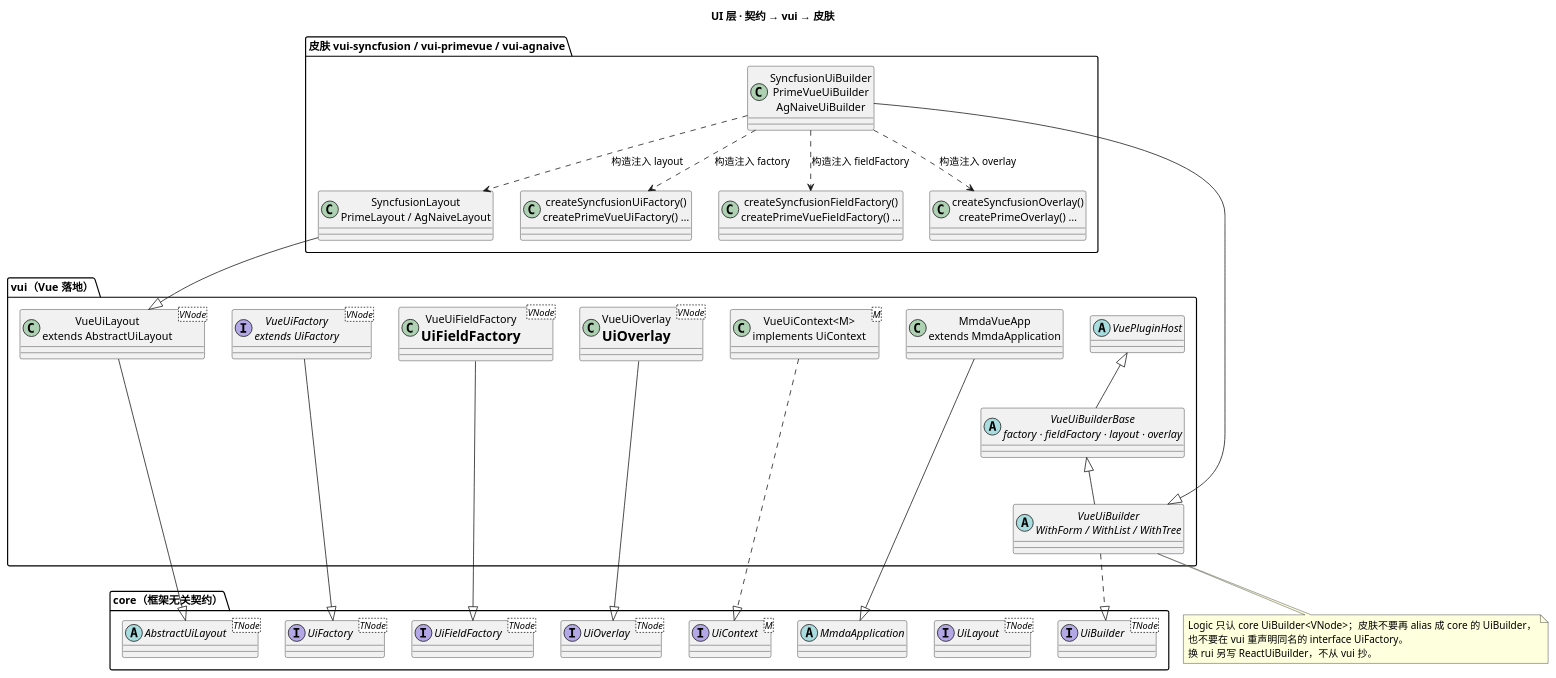
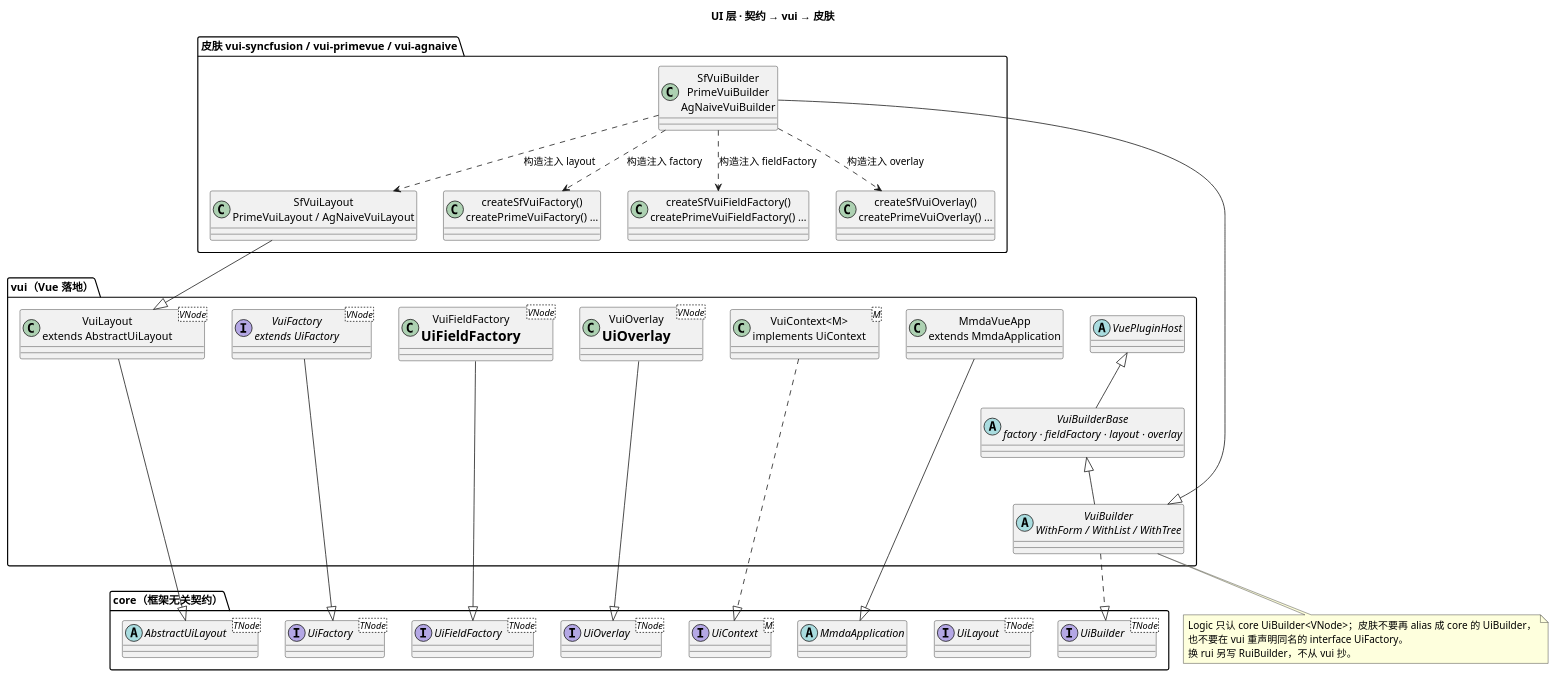
One commit to Roy7611/mmda-vue changed the second of 5 diagrams in docs/design/ui_layer.wsd. Above: the diagram before and after it, drawn with PlantUML. The commit also changed other lines of this file and 8 other files, not shown here.

```diff
--- a/docs/design/ui_layer.wsd
+++ b/docs/design/ui_layer.wsd
@@ -58,58 +58,58 @@
 @startuml ui_layer_impl
 skinparam defaultFontName "Microsoft YaHei"
 title UI 层 · 契约 → vui → 皮肤
 
 package "core（框架无关契约）" as core {
   interface "UiBuilder<TNode>" as C_Builder
   interface "UiLayout<TNode>" as C_Layout
   abstract "AbstractUiLayout<TNode>" as C_AbstractLayout
   interface "UiFactory<TNode>" as C_Factory
   interface "UiFieldFactory<TNode>" as C_FieldFactory
   interface "UiOverlay<TNode>" as C_Overlay
   interface "UiContext<M>" as C_Context
   abstract "MmdaApplication" as C_App
 }
 
 package "vui（Vue 落地）" as vui {
   abstract "VuePluginHost" as V_Host
-  abstract "VueUiBuilderBase\nfactory · fieldFactory · layout · overlay" as V_Base
-  abstract "VueUiBuilder\nWithForm / WithList / WithTree" as V_Builder
-  class "VueUiLayout\nextends AbstractUiLayout<VNode>" as V_Layout
-  interface "VueUiFactory\nextends UiFactory<VNode>" as V_Factory
-  class "VueUiFieldFactory\n= UiFieldFactory<VNode>" as V_FieldFactory
-  class "VueUiOverlay\n= UiOverlay<VNode>" as V_Overlay
-  class "VueUiContext<M>\nimplements UiContext<M>" as V_Context
+  abstract "VuiBuilderBase\nfactory · fieldFactory · layout · overlay" as V_Base
+  abstract "VuiBuilder\nWithForm / WithList / WithTree" as V_Builder
+  class "VuiLayout\nextends AbstractUiLayout<VNode>" as V_Layout
+  interface "VuiFactory\nextends UiFactory<VNode>" as V_Factory
+  class "VuiFieldFactory\n= UiFieldFactory<VNode>" as V_FieldFactory
+  class "VuiOverlay\n= UiOverlay<VNode>" as V_Overlay
+  class "VuiContext<M>\nimplements UiContext<M>" as V_Context
   class "MmdaVueApp\nextends MmdaApplication" as V_App
 }
 
 package "皮肤 vui-syncfusion / vui-primevue / vui-agnaive" as skin {
-  class "SyncfusionUiBuilder\nPrimeVueUiBuilder\nAgNaiveUiBuilder" as S_Builder
-  class "SyncfusionLayout\nPrimeLayout / AgNaiveLayout" as S_Layout
-  class "createSyncfusionUiFactory()\ncreatePrimeVueUiFactory() …" as S_Factory
-  class "createSyncfusionFieldFactory()\ncreatePrimeVueFieldFactory() …" as S_FieldFactory
-  class "createSyncfusionOverlay()\ncreatePrimeOverlay() …" as S_Overlay
+  class "SfVuiBuilder\nPrimeVuiBuilder\nAgNaiveVuiBuilder" as S_Builder
+  class "SfVuiLayout\nPrimeVuiLayout / AgNaiveVuiLayout" as S_Layout
+  class "createSfVuiFactory()\ncreatePrimeVuiFactory() …" as S_Factory
+  class "createSfVuiFieldFactory()\ncreatePrimeVuiFieldFactory() …" as S_FieldFactory
+  class "createSfVuiOverlay()\ncreatePrimeVuiOverlay() …" as S_Overlay
 }
 
 V_Host <|-- V_Base
 V_Base <|-- V_Builder
 V_Builder ..|> C_Builder
 V_Layout --|> C_AbstractLayout
 V_Factory --|> C_Factory
 V_FieldFactory --|> C_FieldFactory
 V_Overlay --|> C_Overlay
 V_Context ..|> C_Context
 V_App --|> C_App
 
 S_Builder --|> V_Builder
 S_Layout --|> V_Layout
 S_Builder ..> S_Factory : 构造注入 factory
 S_Builder ..> S_FieldFactory : 构造注入 fieldFactory
 S_Builder ..> S_Layout : 构造注入 layout
 S_Builder ..> S_Overlay : 构造注入 overlay
 
 note bottom of V_Builder
   Logic 只认 core UiBuilder<VNode>；皮肤不要再 alias 成 core 的 UiBuilder，
   也不要在 vui 重声明同名的 interface UiFactory。
-  换 rui 另写 ReactUiBuilder，不从 vui 抄。
+  换 rui 另写 RuiBuilder，不从 vui 抄。
 end note
 @enduml
```
